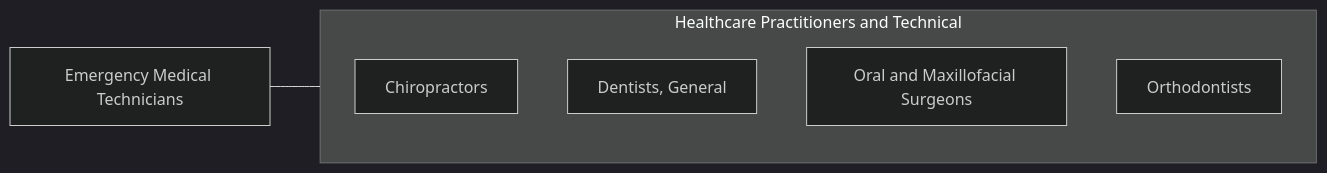
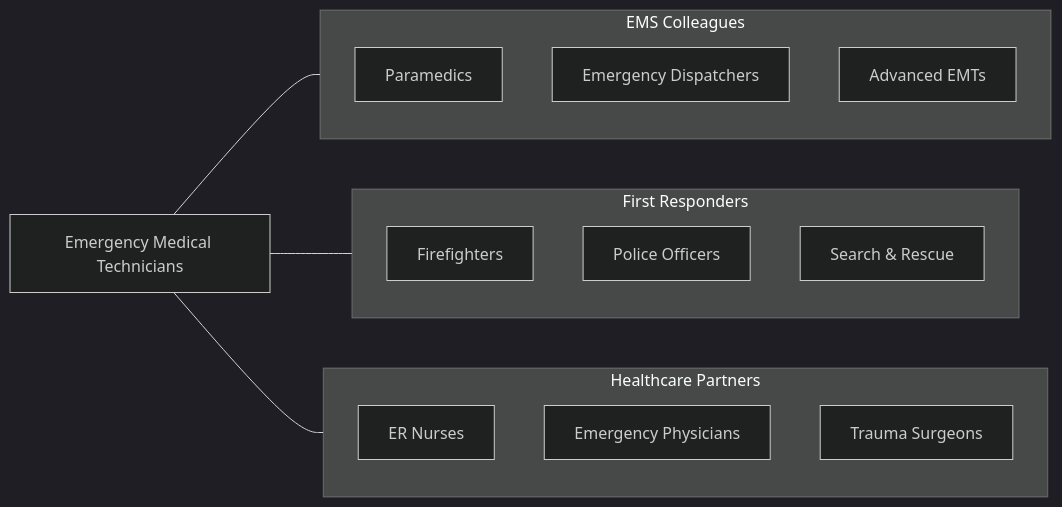
Before and after one commit to kziemski/business.org.ai: the fourth of 4 diagrams in occupations/HealthcarePractitioners/EmergencyMedicalTechnicians.mdx, drawn with Mermaid (dark theme). The commit also changed other lines of this file and 938 other files, not shown here.

````diff
--- a/occupations/HealthcarePractitioners/EmergencyMedicalTechnicians.mdx
+++ b/occupations/HealthcarePractitioners/EmergencyMedicalTechnicians.mdx
@@ -105,13 +196,26 @@
 ```mermaid
 graph LR
     Current["Emergency Medical Technicians"]
 
-    subgraph SameCategory["Healthcare Practitioners and Technical"]
-        Chiropractors["Chiropractors"]
-        DentistsGeneral["Dentists, General"]
-        OralAndMaxillofacial["Oral and Maxillofacial Surgeons"]
-        Orthodontists["Orthodontists"]
+    subgraph EMS["EMS Colleagues"]
+        Paramedics["Paramedics"]
+        EMDs["Emergency Dispatchers"]
+        AEMTs["Advanced EMTs"]
     end
 
-    Current --- SameCategory
+    subgraph FirstResponders["First Responders"]
+        Firefighters["Firefighters"]
+        Police["Police Officers"]
+        SearchRescue["Search & Rescue"]
+    end
+
+    subgraph Healthcare["Healthcare Partners"]
+        ERNurses["ER Nurses"]
+        ERPhysicians["Emergency Physicians"]
+        TraumaSurgeons["Trauma Surgeons"]
+    end
+
+    Current --- EMS
+    Current --- FirstResponders
+    Current --- Healthcare
 ```
````
